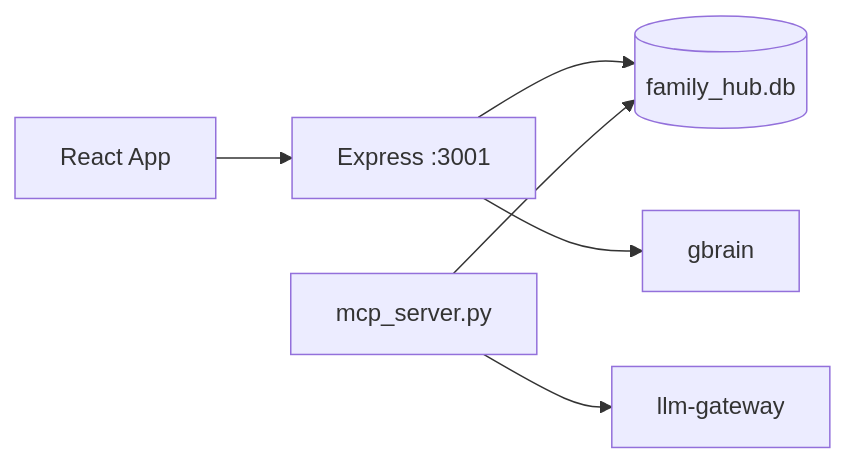
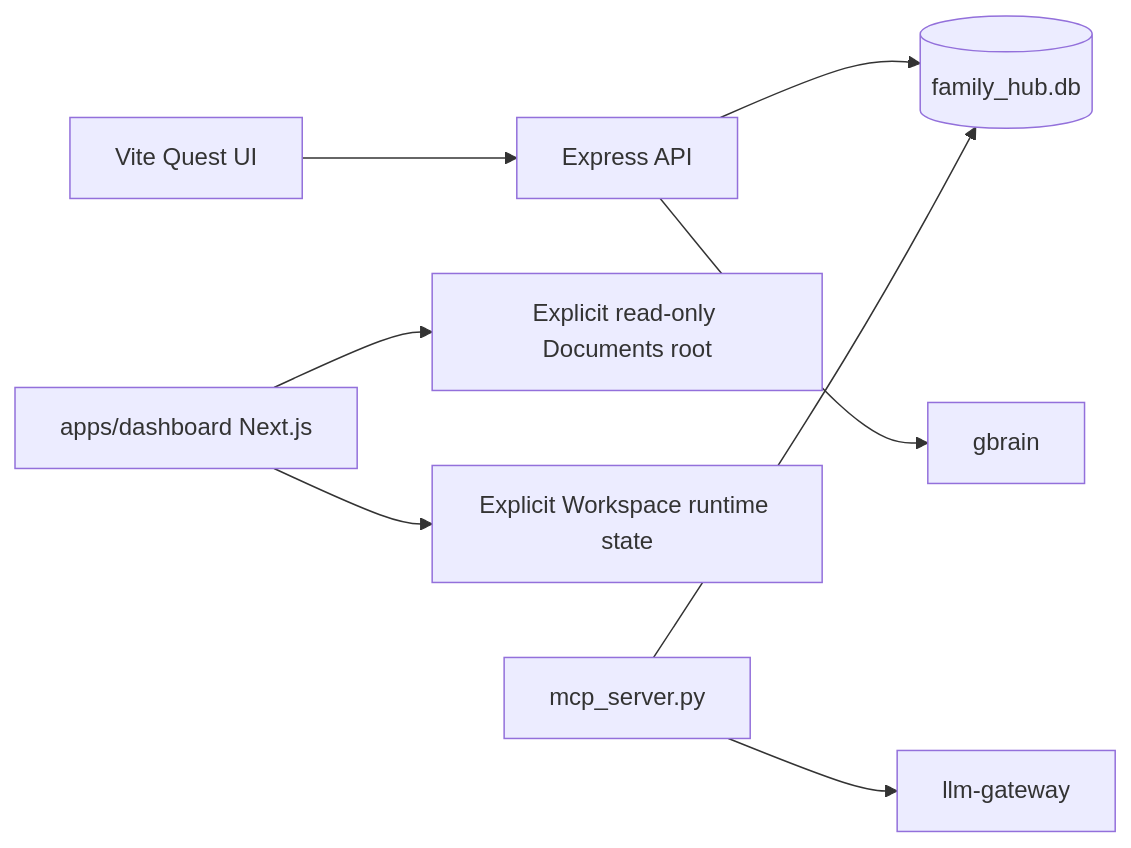
The diagram in ARCHITECTURE.md (starlink-awaken/omostation-family-hub), drawn with Mermaid before and after one commit. The commit also changed other lines of this file and 308 other files, not shown here.

````diff
--- a/ARCHITECTURE.md
+++ b/ARCHITECTURE.md
@@ -15,10 +15,12 @@
 ```mermaid
 
 graph LR
-    UI[React App] --> API[Express :3001]
+    UI[Vite Quest UI] --> API[Express API]
+    DASH[apps/dashboard Next.js] --> DOCS[Explicit read-only Documents root]
+    DASH --> STATE[Explicit Workspace runtime state]
     API --> DB[(family_hub.db)]
     API --> GBR[gbrain]
     MCP[mcp_server.py] --> DB
     MCP --> LLM[llm-gateway]
 
 ```
````
